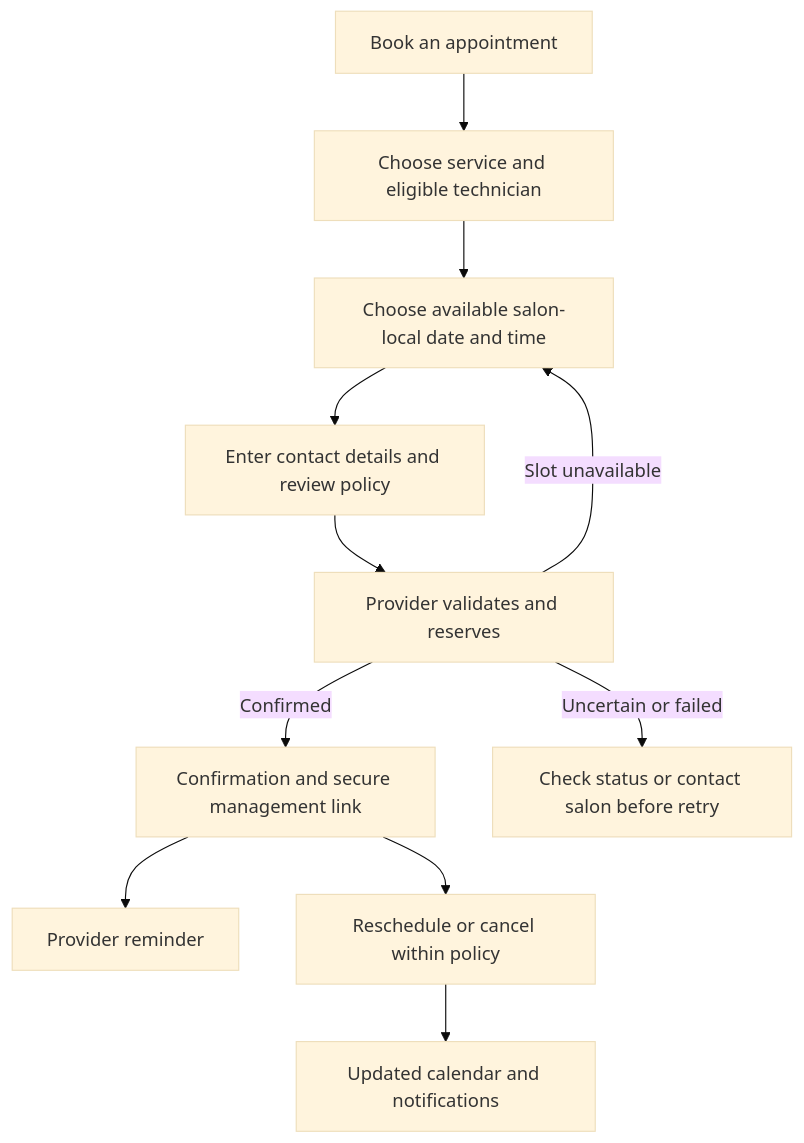
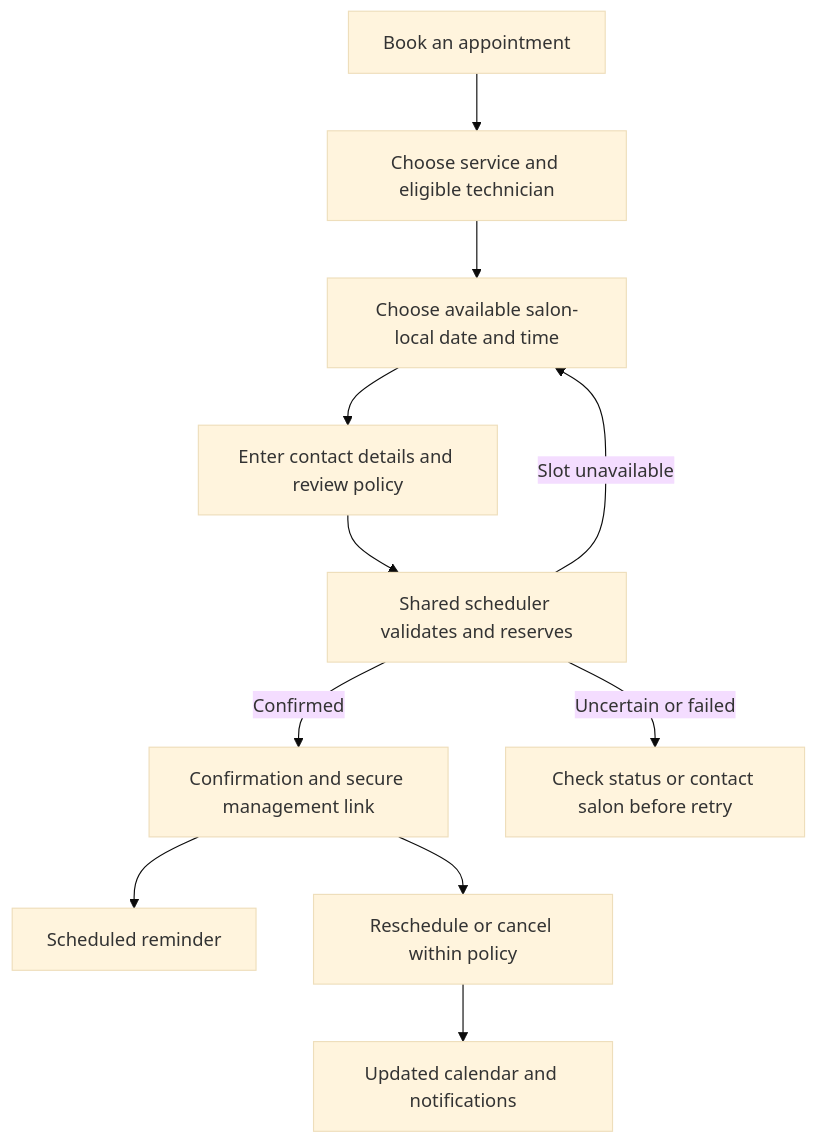
Before and after one commit to galbenyosef/madisonhillnails-astra-h: the diagram in docs/01-product-plan.md, drawn with Mermaid (base theme). The commit also changed other lines of this file and 7 other files, not shown here.

Commit message:
docs: propose shared booking architecture and prioritized MVP backlog

````diff
--- a/docs/01-product-plan.md
+++ b/docs/01-product-plan.md
@@ -62,13 +62,13 @@
 ```mermaid
 flowchart TD
     A[Book an appointment] --> B[Choose service and eligible technician]
     B --> C[Choose available salon-local date and time]
     C --> D[Enter contact details and review policy]
-    D --> E[Provider validates and reserves]
+    D --> E[Shared scheduler validates and reserves]
     E -->|Confirmed| F[Confirmation and secure management link]
     E -->|Slot unavailable| C
     E -->|Uncertain or failed| G[Check status or contact salon before retry]
-    F --> H[Provider reminder]
+    F --> H[Scheduled reminder]
     F --> I[Reschedule or cancel within policy]
     I --> J[Updated calendar and notifications]
 ```
````
